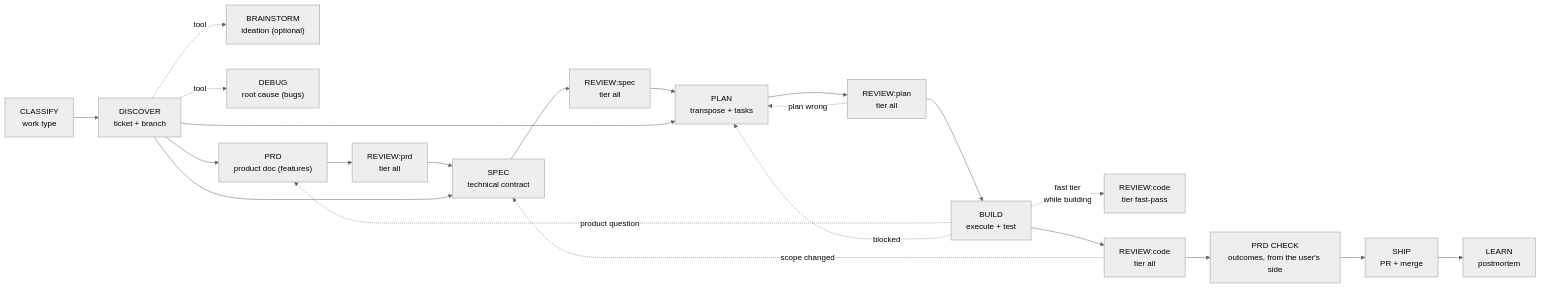
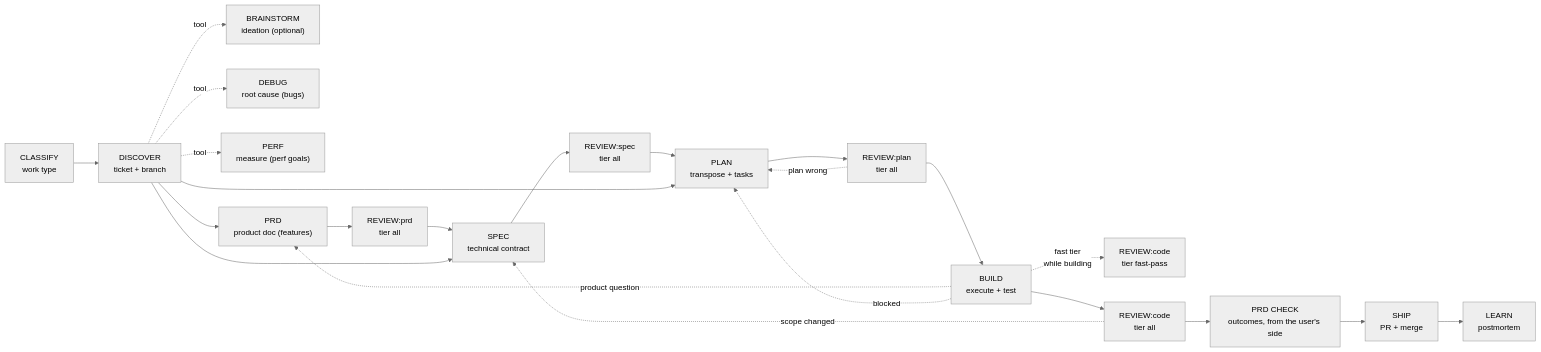
One commit to duronext/jig changed the first of 2 diagrams in core/skills/kickoff/SKILL.md. Above: the diagram before and after it, drawn with Mermaid (neutral theme). The commit also changed other lines of this file and 9 other files, not shown here.

````diff
--- a/core/skills/kickoff/SKILL.md
+++ b/core/skills/kickoff/SKILL.md
@@ -45,25 +45,26 @@
 ```mermaid
 graph LR
   classify["CLASSIFY<br/>work type"] --> discover["DISCOVER<br/>ticket + branch"]
   discover -.->|tool| brainstorm["BRAINSTORM<br/>ideation (optional)"]
   discover -.->|tool| debug["DEBUG<br/>root cause (bugs)"]
+  discover -.->|tool| perf["PERF<br/>measure (perf goals)"]
   discover --> prd["PRD<br/>product doc (features)"]
   prd --> review_prd["REVIEW:prd<br/>tier all"]
   review_prd --> spec["SPEC<br/>technical contract"]
   discover --> spec
   spec --> review_spec["REVIEW:spec<br/>tier all"]
   review_spec --> plan["PLAN<br/>transpose + tasks"]
   discover --> plan
   plan --> review_plan["REVIEW:plan<br/>tier all"]
   review_plan --> build["BUILD<br/>execute + test"]
   build -.->|fast tier<br/>while building| review_code_fast["REVIEW:code<br/>tier fast-pass"]
   build --> review_code["REVIEW:code<br/>tier all"]
   review_code --> prd_check["PRD CHECK<br/>outcomes, from the user's side"]
   prd_check --> ship["SHIP<br/>PR + merge"]
   ship --> learn["LEARN<br/>postmortem"]
 
   review_plan -.->|plan wrong| plan
   review_code -.->|scope changed| spec
   build -.->|product question| prd
   build -.->|blocked| plan
 ```
````
